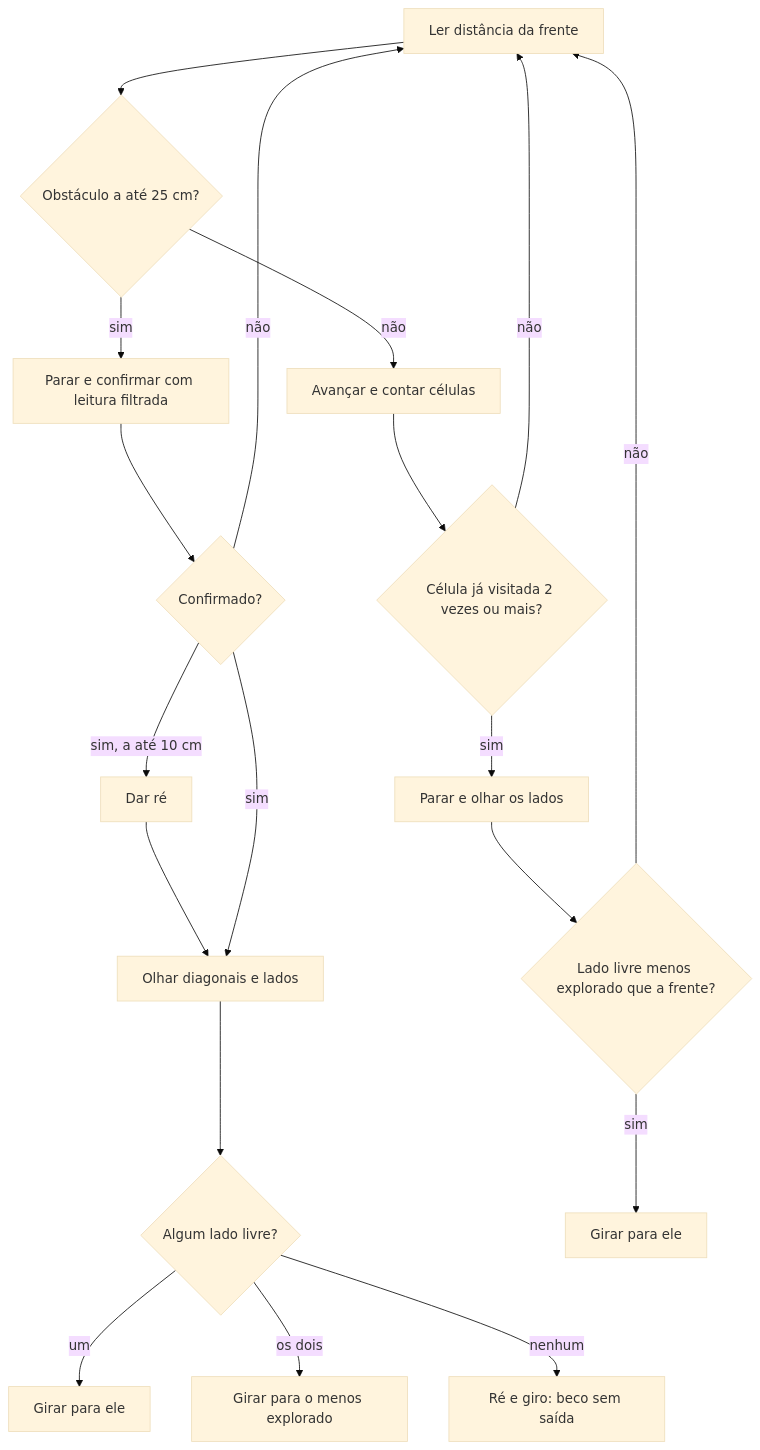
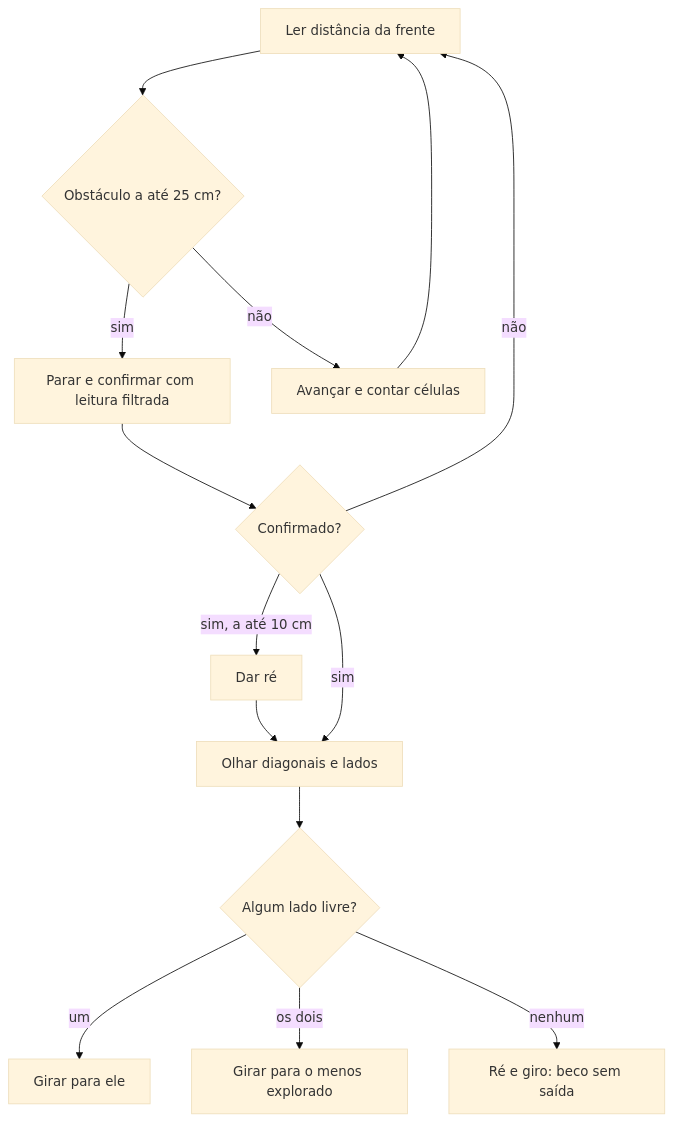
Before and after one commit to vitoria-ribas/megatron: the second of 2 diagrams in DOCUMENTACAO_TECNICA.md, drawn with Mermaid (base theme). The commit also changed other lines of this file and 8 other files, not shown here.

````diff
--- a/DOCUMENTACAO_TECNICA.md
+++ b/DOCUMENTACAO_TECNICA.md
@@ -37,21 +37,16 @@
 ```mermaid
 flowchart TD
     A[Ler distância da frente] --> B{Obstáculo a até 25 cm?}
     B -- sim --> C[Parar e confirmar com leitura filtrada]
     C --> D{Confirmado?}
     D -- não --> A
     D -- sim, a até 10 cm --> R[Dar ré]
     R --> E
     D -- sim --> E[Olhar diagonais e lados]
     E --> F{Algum lado livre?}
     F -- um --> G[Girar para ele]
     F -- os dois --> H[Girar para o menos explorado]
     F -- nenhum --> I[Ré e giro: beco sem saída]
     B -- não --> J[Avançar e contar células]
-    J --> K{Célula já visitada 2 vezes ou mais?}
-    K -- não --> A
-    K -- sim --> L[Parar e olhar os lados]
-    L --> M{Lado livre menos explorado que a frente?}
-    M -- sim --> N[Girar para ele]
-    M -- não --> A
+    J --> A
 ```
````
